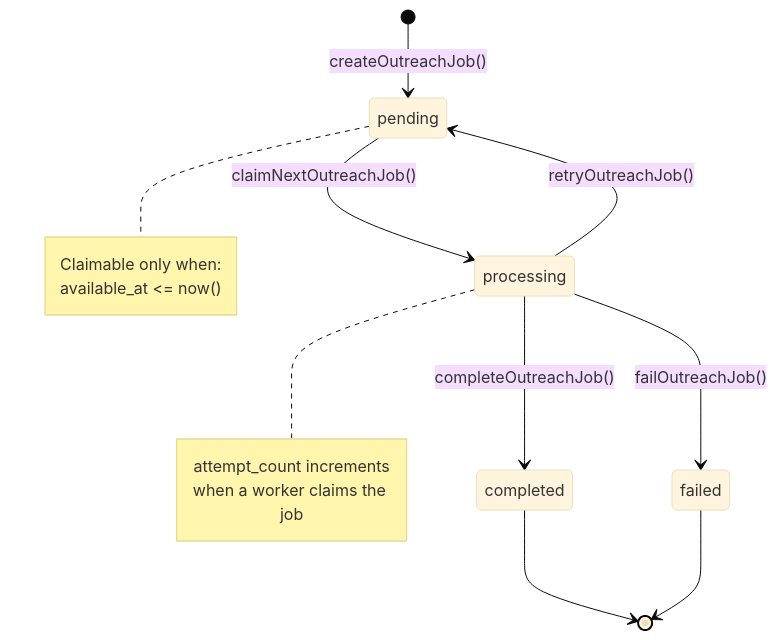
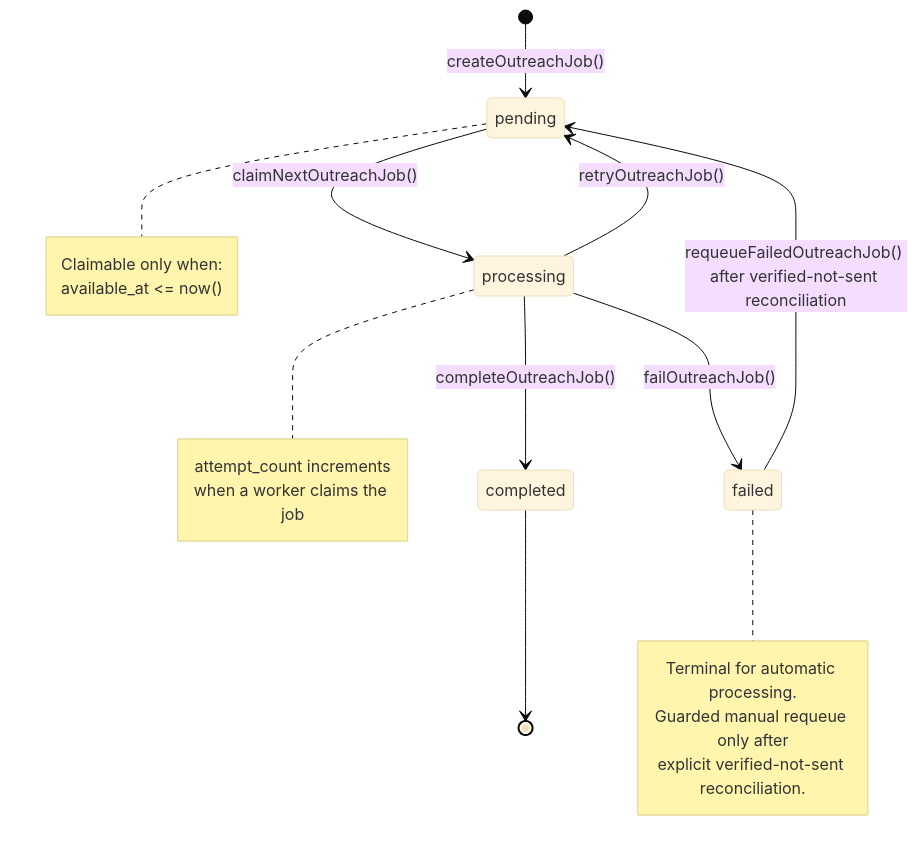
The second of 9 diagrams in docs/Relay_Testing_and_Worker_Guide.md (putman44/Relay), drawn with Mermaid (base theme) before and after one commit. The commit also changed other lines of this file and 8 other files, not shown here.

Commit message:
feat: add safe outreach reconciliation and requeue

````diff
--- a/docs/Relay_Testing_and_Worker_Guide.md
+++ b/docs/Relay_Testing_and_Worker_Guide.md
@@ -74,23 +93,29 @@
 ```mermaid
 stateDiagram-v2
     [*] --> pending: createOutreachJob()
 
     pending --> processing: claimNextOutreachJob()
     processing --> completed: completeOutreachJob()
 
     processing --> pending: retryOutreachJob()
     processing --> failed: failOutreachJob()
+    failed --> pending: requeueFailedOutreachJob() after verified-not-sent reconciliation
 
     completed --> [*]
-    failed --> [*]
 
     note right of pending
       Claimable only when:
       available_at <= now()
     end note
 
     note right of processing
       attempt_count increments
       when a worker claims the job
     end note
+
+    note right of failed
+      Terminal for automatic processing.
+      Guarded manual requeue only after
+      explicit verified-not-sent reconciliation.
+    end note
 ```
````
